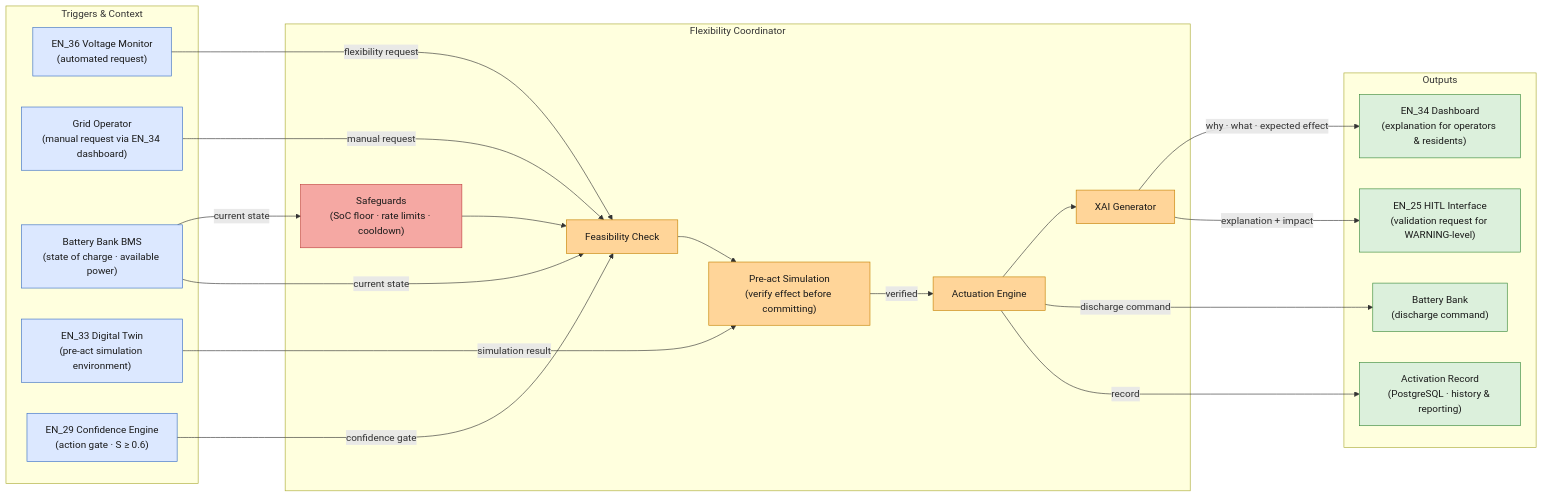
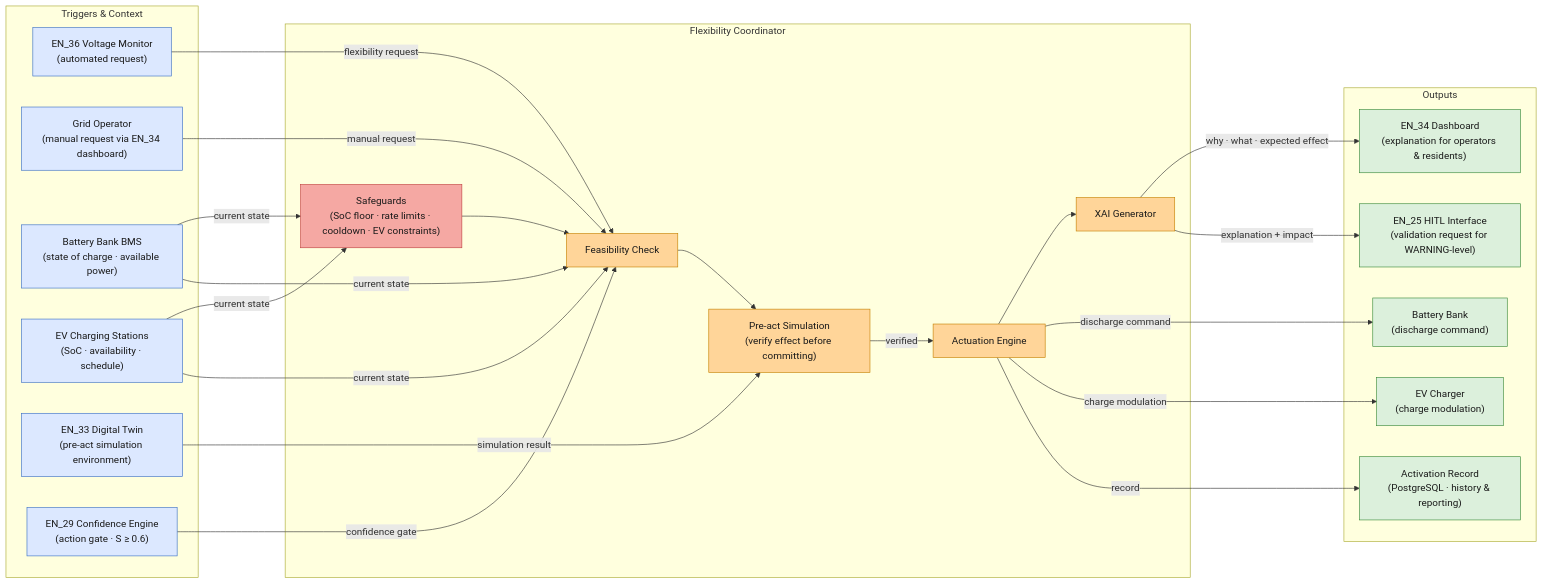
One commit to rafaeldpsilva/sa4cps-vault changed the third of 4 diagrams in Sa4CPS/WP4/D4.3 Designs of the technical enablers for status, projections and actions.md. Above: the diagram before and after it, drawn with Mermaid. The commit also changed other lines of this file, not shown here.

Commit message:
Commit from thinkpad on 20/05/2026, 15:01:45

````diff
--- a/Sa4CPS/WP4/D4.3 Designs of the technical enablers for status, projections and actions.md
+++ b/Sa4CPS/WP4/D4.3 Designs of the technical enablers for status, projections and actions.md
@@ -160,48 +160,53 @@
 ```mermaid
 flowchart LR
 
     classDef src   fill:#dce8ff,stroke:#3a6fc4,color:#1a1a1a
     classDef guard fill:#f5a8a3,stroke:#c04040,color:#1a1a1a
     classDef proc  fill:#ffd599,stroke:#c68000,color:#1a1a1a
     classDef dst   fill:#dcf0dc,stroke:#3a8a3a,color:#1a1a1a
 
     subgraph SRC["Triggers & Context"]
         VM["EN_36 Voltage Monitor\n(automated request)"]
         OP["Grid Operator\n(manual request via EN_34 dashboard)"]
         BMS["Battery Bank BMS\n(state of charge · available power)"]
+        EVSE["EV Charging Stations\n(SoC · availability · schedule)"]
         DT["EN_33 Digital Twin\n(pre-act simulation environment)"]
         GL["EN_29 Confidence Engine\n(action gate · S ≥ 0.6)"]
     end
 
     subgraph EN["Flexibility Coordinator"]
-        SG["Safeguards\n(SoC floor · rate limits · cooldown)"]
+        SG["Safeguards\n(SoC floor · rate limits · cooldown · EV constraints)"]
         FC["Feasibility Check"]
         PS["Pre-act Simulation\n(verify effect before committing)"]
         AE["Actuation Engine"]
         XG["XAI Generator"]
         SG --> FC --> PS -->|verified| AE --> XG
     end
 
     subgraph DST["Outputs"]
         BAT["Battery Bank\n(discharge command)"]
+        EV["EV Charger\n(charge modulation)"]
         DASH["EN_34 Dashboard\n(explanation for operators & residents)"]
         HITL["EN_25 HITL Interface\n(validation request for WARNING-level)"]
         LOG["Activation Record\n(PostgreSQL · history & reporting)"]
     end
 
-    VM  -->|flexibility request| FC
-    OP  -->|manual request| FC
-    BMS -->|current state| SG
-    BMS -->|current state| FC
-    DT  -->|simulation result| PS
-    GL  -->|confidence gate| FC
-    AE  -->|discharge command| BAT
-    XG  -->|why · what · expected effect| DASH
-    XG  -->|explanation + impact| HITL
-    AE  -->|record| LOG
+    VM   -->|flexibility request| FC
+    OP   -->|manual request| FC
+    BMS  -->|current state| SG
+    BMS  -->|current state| FC
+    EVSE -->|current state| SG
+    EVSE -->|current state| FC
+    DT   -->|simulation result| PS
+    GL   -->|confidence gate| FC
+    AE   -->|discharge command| BAT
+    AE   -->|charge modulation| EV
+    XG   -->|why · what · expected effect| DASH
+    XG   -->|explanation + impact| HITL
+    AE   -->|record| LOG
 
-    class VM,OP,BMS,DT,GL src
+    class VM,OP,BMS,EVSE,DT,GL src
     class SG guard
     class FC,PS,AE,XG proc
-    class BAT,DASH,HITL,LOG dst
+    class BAT,EV,DASH,HITL,LOG dst
 ```
````
